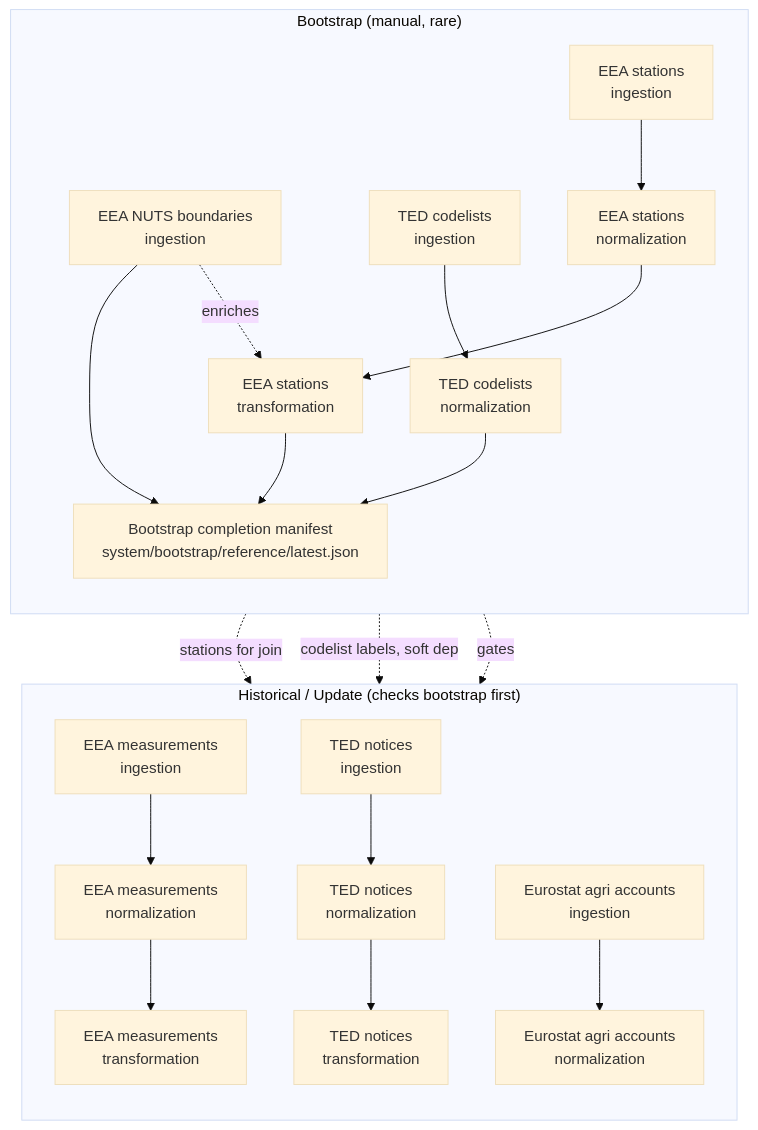
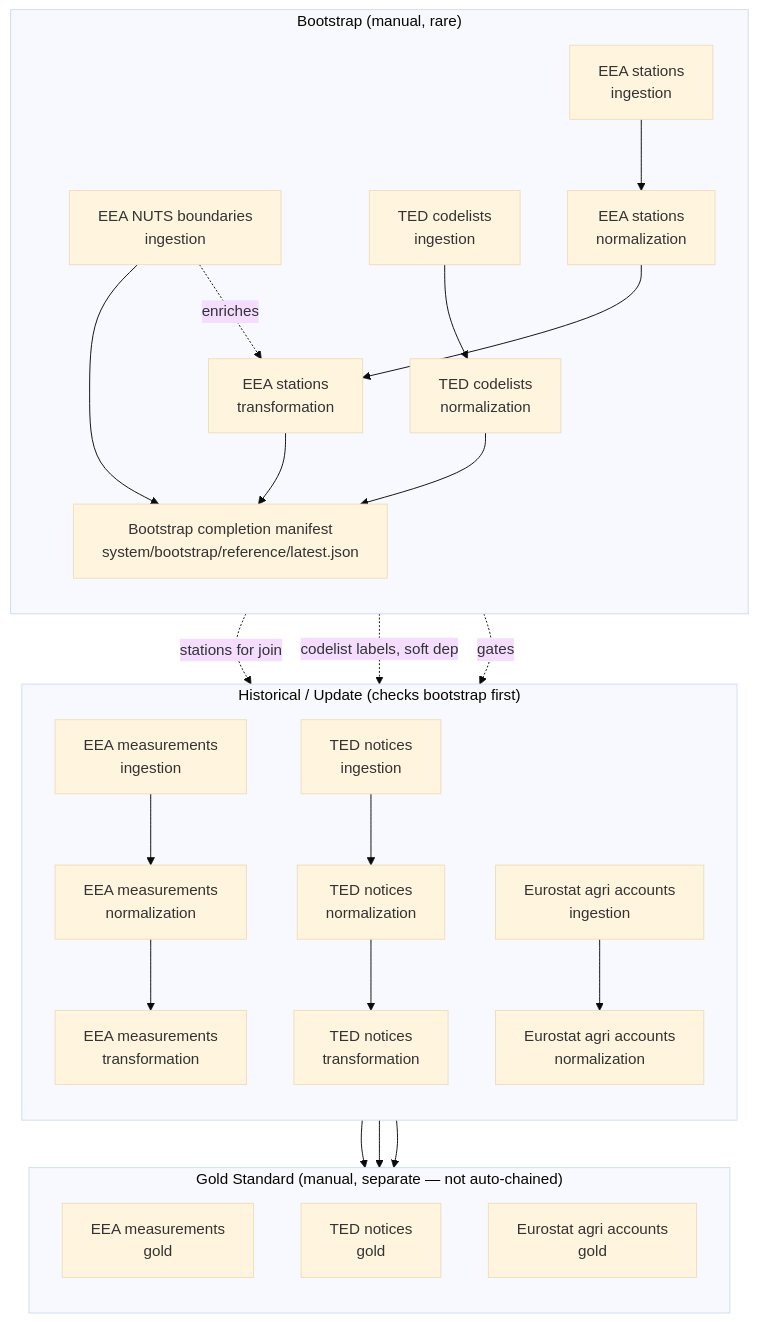
One commit to akmast/procurement-environment-pipeline changed the diagram in docs/aws/architecture.md. Above: the diagram before and after it, drawn with Mermaid (base theme). The commit also changed other lines of this file and 9 other files, not shown here.

First line of the commit message:
Run Gold Layer in AWS via a new GoldStandardStateMachine

````diff
--- a/docs/aws/architecture.md
+++ b/docs/aws/architecture.md
@@ -36,31 +36,41 @@
 ```mermaid
 flowchart TB
     subgraph Bootstrap["Bootstrap (manual, rare)"]
         direction TB
         NUTS["EEA NUTS boundaries<br/>ingestion"]
         TC_ING["TED codelists<br/>ingestion"]
         TC_NORM["TED codelists<br/>normalization"]
         ST_ING["EEA stations<br/>ingestion"]
         ST_NORM["EEA stations<br/>normalization"]
         ST_TRANS["EEA stations<br/>transformation"]
         MANIFEST["Bootstrap completion manifest<br/>system/bootstrap/reference/latest.json"]
 
         TC_ING --> TC_NORM
         ST_ING --> ST_NORM --> ST_TRANS
         NUTS -.enriches.-> ST_TRANS
         NUTS --> MANIFEST
         TC_NORM --> MANIFEST
         ST_TRANS --> MANIFEST
     end
 
     subgraph Main["Historical / Update (checks bootstrap first)"]
         direction TB
         EEA_ING["EEA measurements<br/>ingestion"] --> EEA_NORM["EEA measurements<br/>normalization"] --> EEA_TRANS["EEA measurements<br/>transformation"]
         TED_ING["TED notices<br/>ingestion"] --> TED_NORM["TED notices<br/>normalization"] --> TED_TRANS["TED notices<br/>transformation"]
         EU_ING["Eurostat agri accounts<br/>ingestion"] --> EU_NORM["Eurostat agri accounts<br/>normalization"]
     end
 
+    subgraph Gold["Gold Standard (manual, separate — not auto-chained)"]
+        direction TB
+        EEA_GOLD["EEA measurements<br/>gold"]
+        TED_GOLD["TED notices<br/>gold"]
+        EU_GOLD["Eurostat agri accounts<br/>gold"]
+    end
+
     MANIFEST -.gates.-> Main
     ST_TRANS -.stations for join.-> EEA_TRANS
     TC_NORM -.codelist labels, soft dep.-> TED_TRANS
+    EEA_TRANS --> EEA_GOLD
+    TED_TRANS --> TED_GOLD
+    EU_NORM --> EU_GOLD
 ```
````
